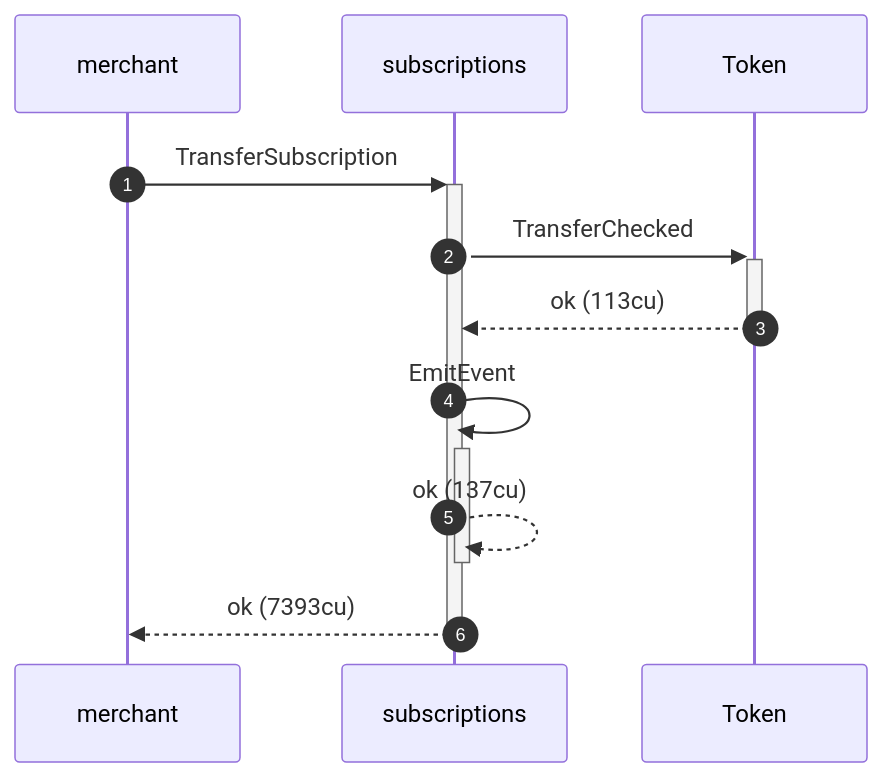
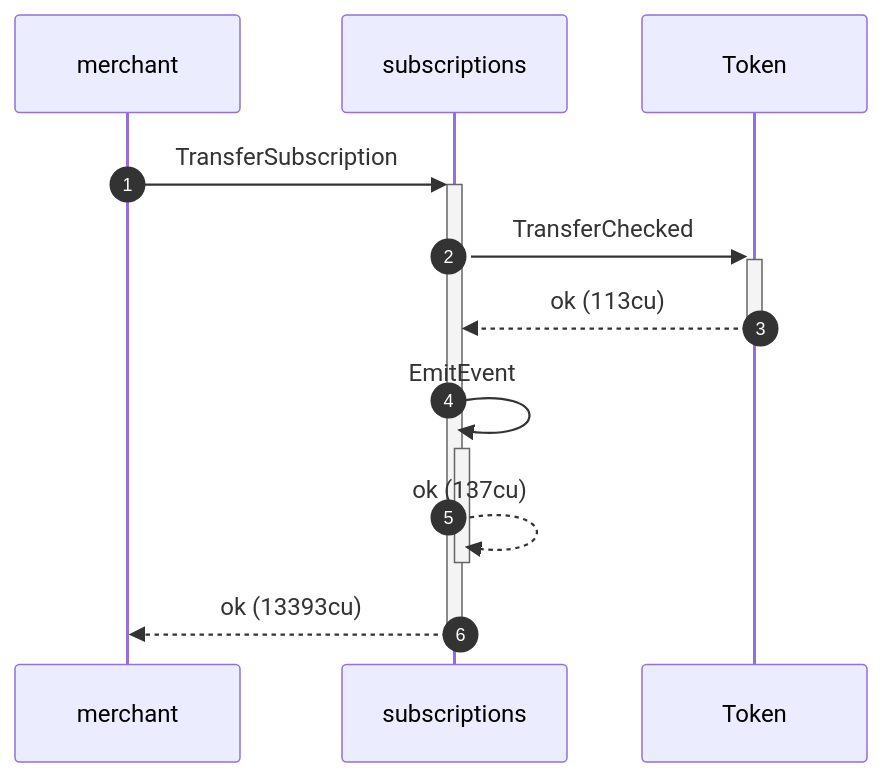
One commit to cds-rs/subscriptions changed the tenth of 12 diagrams in dsl_tests/transfer-subscription--a-whitelisted-destination-is-allowed.md. Above: the diagram before and after it, drawn with Mermaid. The commit also changed other lines of this file and 224 other files, not shown here.

````diff
--- a/dsl_tests/transfer-subscription--a-whitelisted-destination-is-allowed.md
+++ b/dsl_tests/transfer-subscription--a-whitelisted-destination-is-allowed.md
@@ -189,13 +198,13 @@
 ```mermaid
 sequenceDiagram
     autonumber
     participant merchant
     participant subscriptions
     participant Token
     merchant ->>+ subscriptions: TransferSubscription
     subscriptions ->>+ Token: TransferChecked
     Token -->>- subscriptions: ok (113cu)
     subscriptions ->>+ subscriptions: EmitEvent
     subscriptions -->>- subscriptions: ok (137cu)
-    subscriptions -->>- merchant: ok (7393cu)
+    subscriptions -->>- merchant: ok (13393cu)
 ```
````
